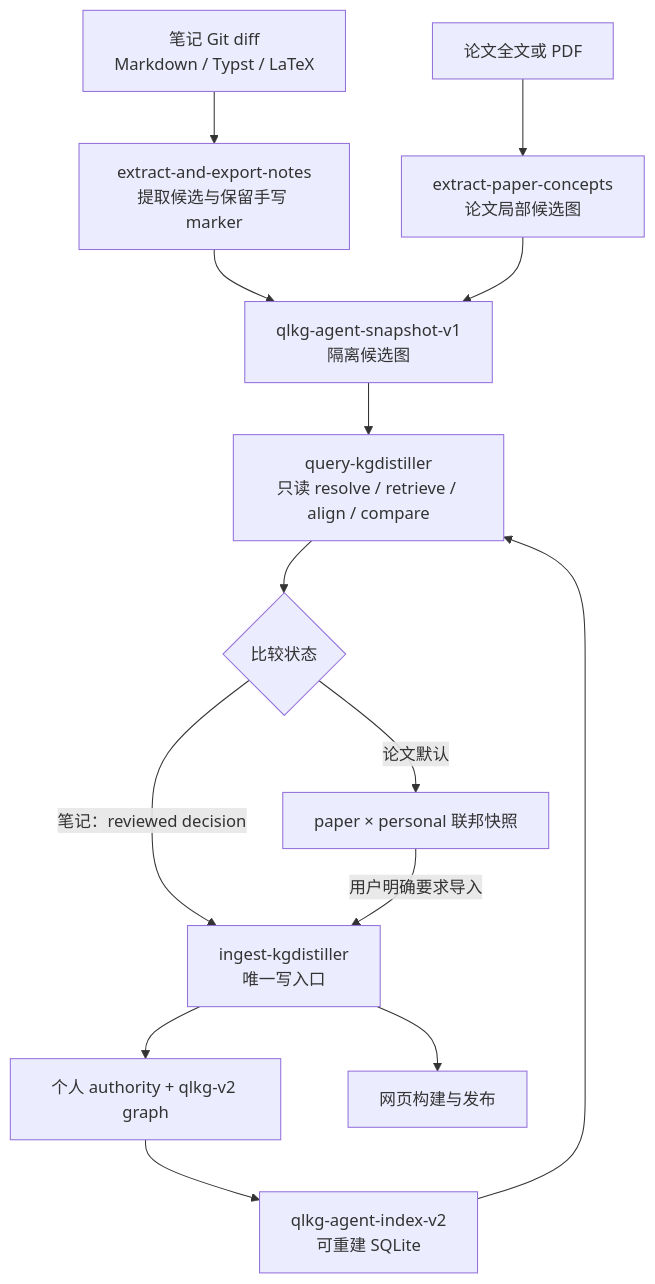
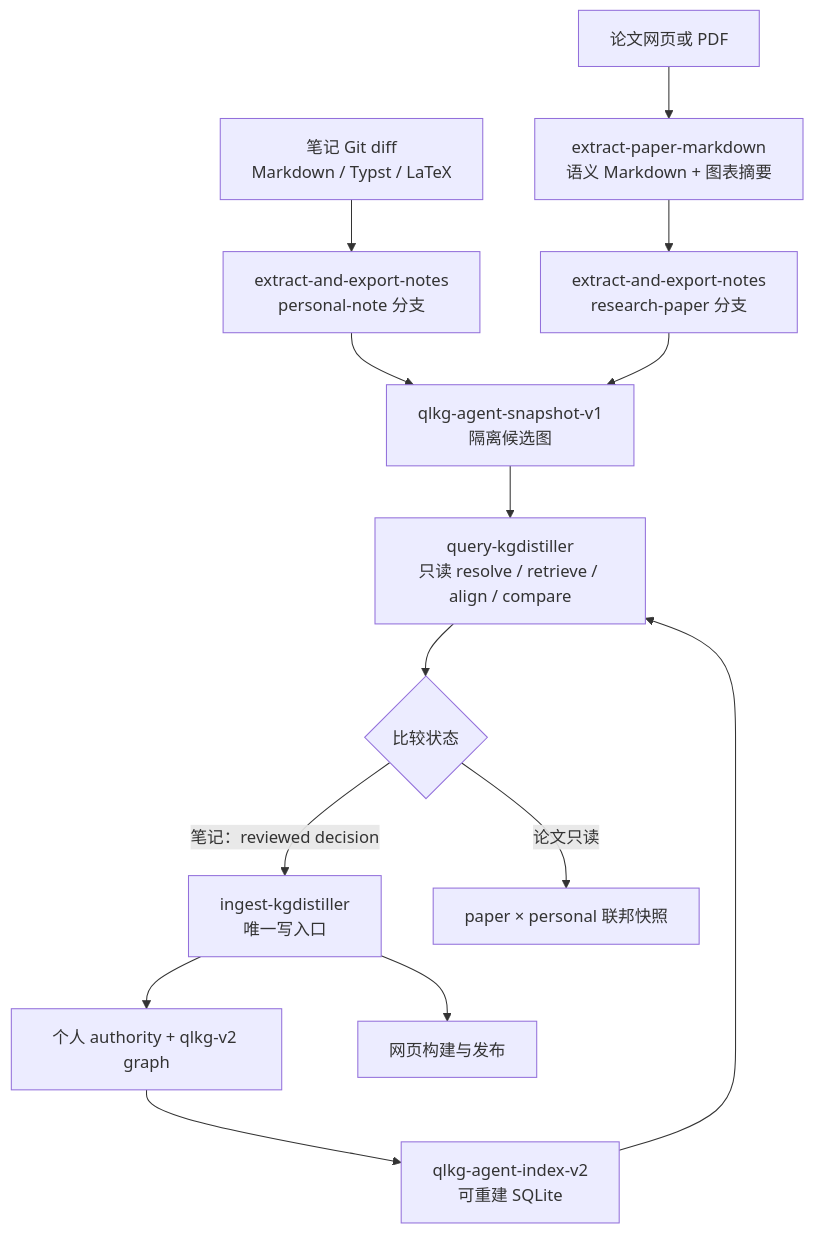
The diagram in knowledge/HANDOFF.md (qiulinfan/qiulinfan.github.io), drawn with Mermaid before and after one commit. The commit also changed other lines of this file and 23 other files, not shown here.

````diff
--- a/knowledge/HANDOFF.md
+++ b/knowledge/HANDOFF.md
@@ -114,16 +118,16 @@
 ```mermaid
 flowchart TD
-    N["笔记 Git diff<br/>Markdown / Typst / LaTeX"] --> NE["extract-and-export-notes<br/>提取候选与保留手写 marker"]
-    P["论文全文或 PDF"] --> PE["extract-paper-concepts<br/>论文局部候选图"]
-    NE --> C["qlkg-agent-snapshot-v1<br/>隔离候选图"]
-    PE --> C
+    N["笔记 Git diff<br/>Markdown / Typst / LaTeX"] --> E["extract-and-export-notes<br/>personal-note 分支"]
+    P["论文网页或 PDF"] --> PM["extract-paper-markdown<br/>语义 Markdown + 图表摘要"]
+    PM --> RP["extract-and-export-notes<br/>research-paper 分支"]
+    E --> C["qlkg-agent-snapshot-v1<br/>隔离候选图"]
+    RP --> C
     C --> Q["query-kgdistiller<br/>只读 resolve / retrieve / align / compare"]
     K["个人 authority + qlkg-v2 graph"] --> IDX["qlkg-agent-index-v2<br/>可重建 SQLite"]
     IDX --> Q
     Q --> R{"比较状态"}
     R -->|"笔记：reviewed decision"| I["ingest-kgdistiller<br/>唯一写入口"]
     I --> K
     I --> W["网页构建与发布"]
-    R -->|"论文默认"| F["paper × personal 联邦快照"]
-    F -->|"用户明确要求导入"| I
+    R -->|"论文只读"| F["paper × personal 联邦快照"]
 ```
````
